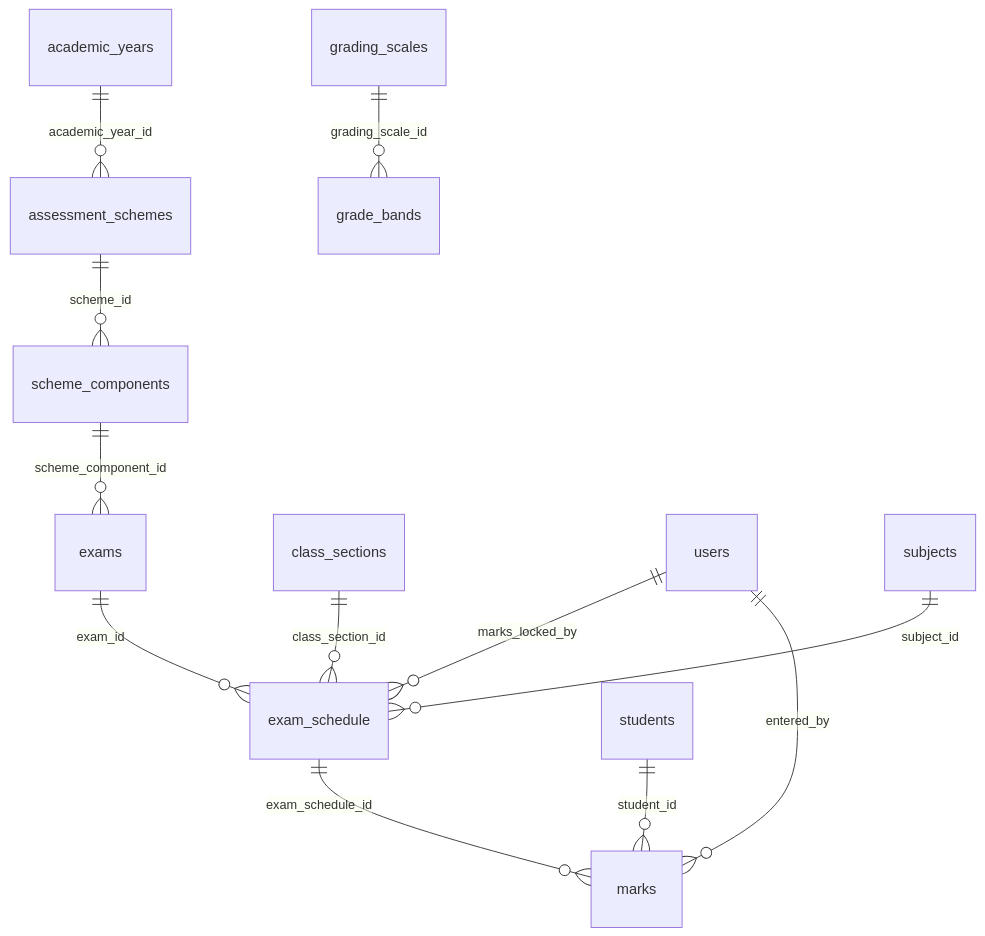
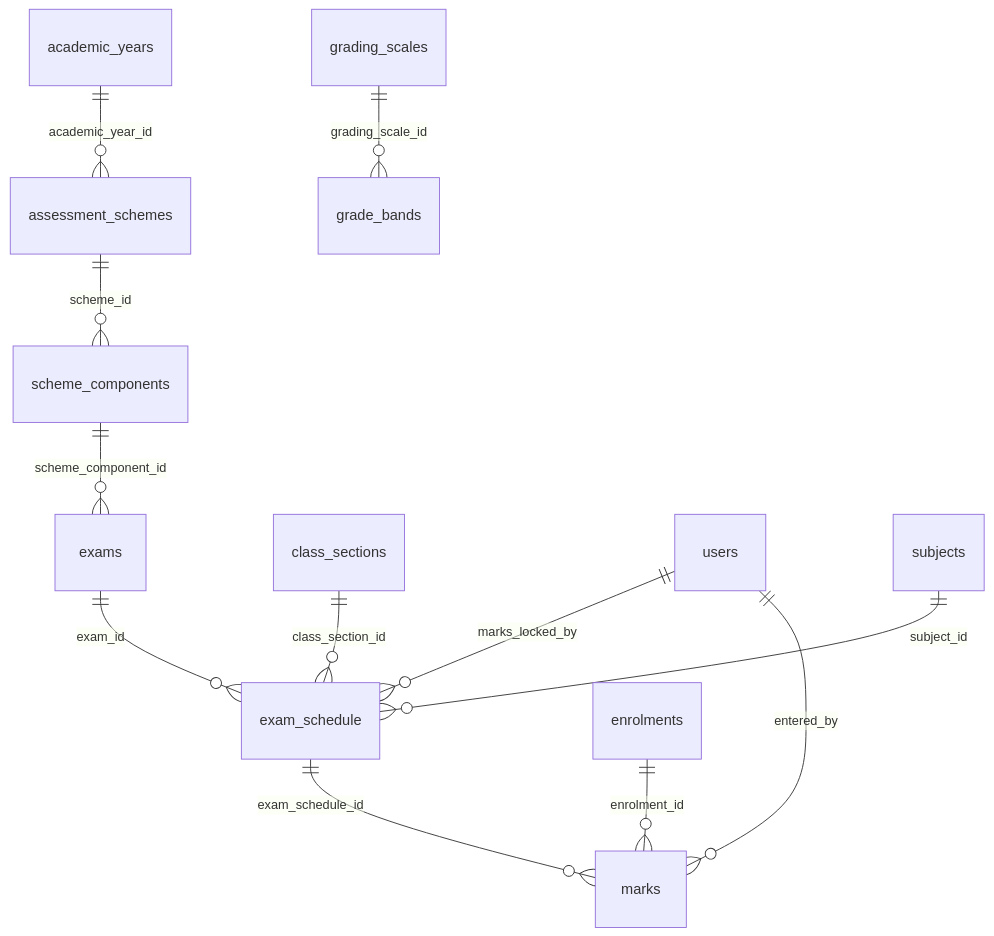
Before and after one commit to shivansh2277/School-management-system: the sixth of 21 diagrams in docs/DATABASE.md, drawn with Mermaid. The commit also changed other lines of this file and 2308 other files, not shown here.

````diff
--- a/docs/DATABASE.md
+++ b/docs/DATABASE.md
@@ -782,14 +822,14 @@
 ```mermaid
 erDiagram
     scheme_components ||--o{ exams : "scheme_component_id"
     class_sections ||--o{ exam_schedule : "class_section_id"
     exams ||--o{ exam_schedule : "exam_id"
     users ||--o{ exam_schedule : "marks_locked_by"
     subjects ||--o{ exam_schedule : "subject_id"
+    enrolments ||--o{ marks : "enrolment_id"
     users ||--o{ marks : "entered_by"
     exam_schedule ||--o{ marks : "exam_schedule_id"
-    students ||--o{ marks : "student_id"
     academic_years ||--o{ assessment_schemes : "academic_year_id"
     assessment_schemes ||--o{ scheme_components : "scheme_id"
     grading_scales ||--o{ grade_bands : "grading_scale_id"
 ```
````
